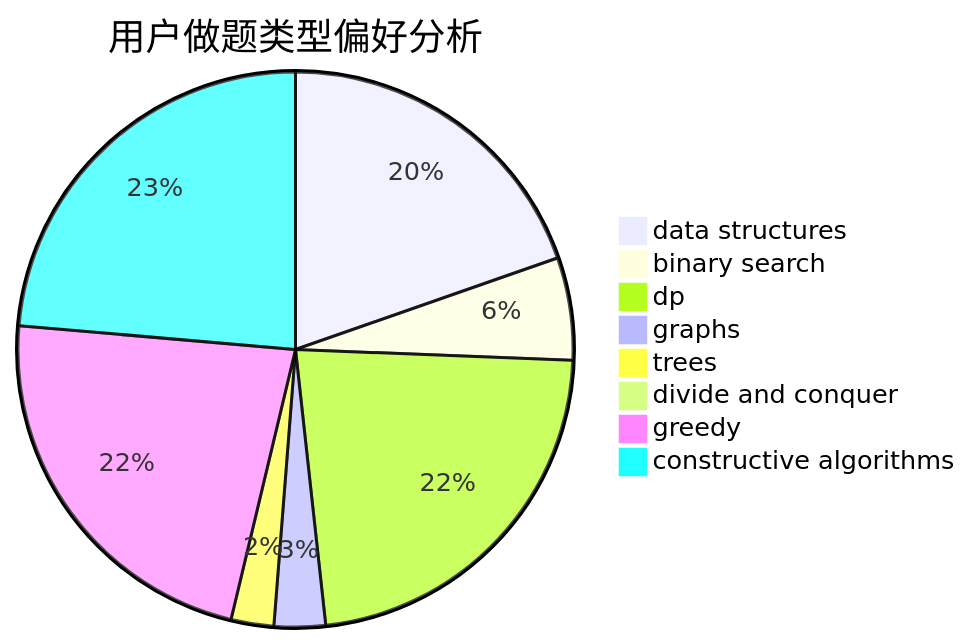
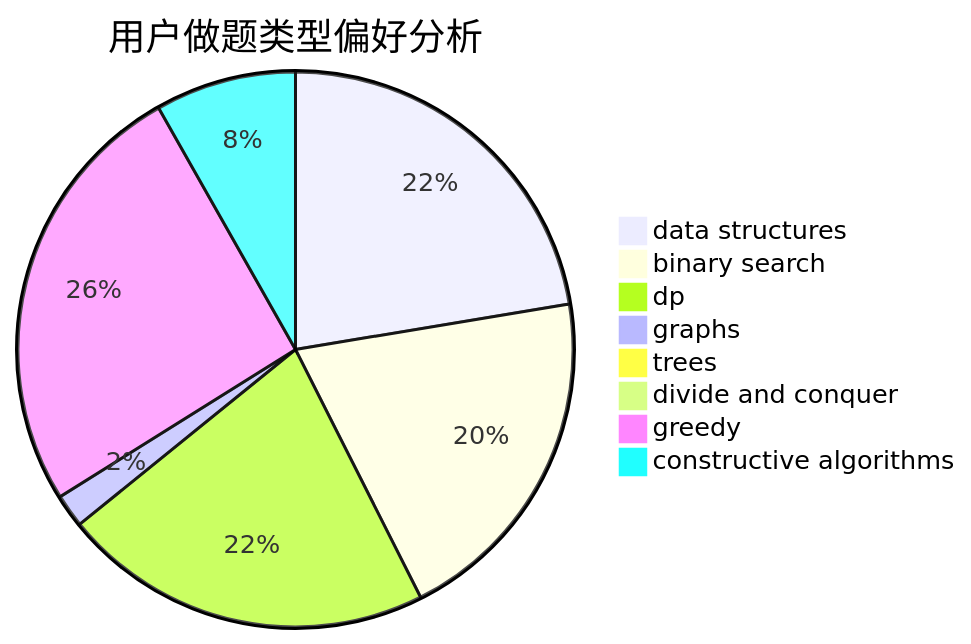
Before and after one commit to sherpahu/cfrs.github.io: the second of 3 diagrams in docs/user/u189.md, drawn with Mermaid. The commit also changed other lines of this file and 2770 other files, not shown here.

````diff
--- a/docs/user/u189.md
+++ b/docs/user/u189.md
@@ -23,11 +23,11 @@
 ```mermaid
 pie title 用户做题类型偏好分析
-    "data structures" :  79
-    "binary search" :  24
-    "dp" :  91
-    "graphs" :  12
-    "trees" :  10
-    "divide and conquer" :  3
-    "greedy" :  91
-    "constructive algorithms" :  95
+    "data structures" :  439
+    "binary search" :  396
+    "dp" :  424
+    "graphs" :  38
+    "trees" :  5
+    "divide and conquer" :  0
+    "greedy" :  504
+    "constructive algorithms" :  161
 ```
````
